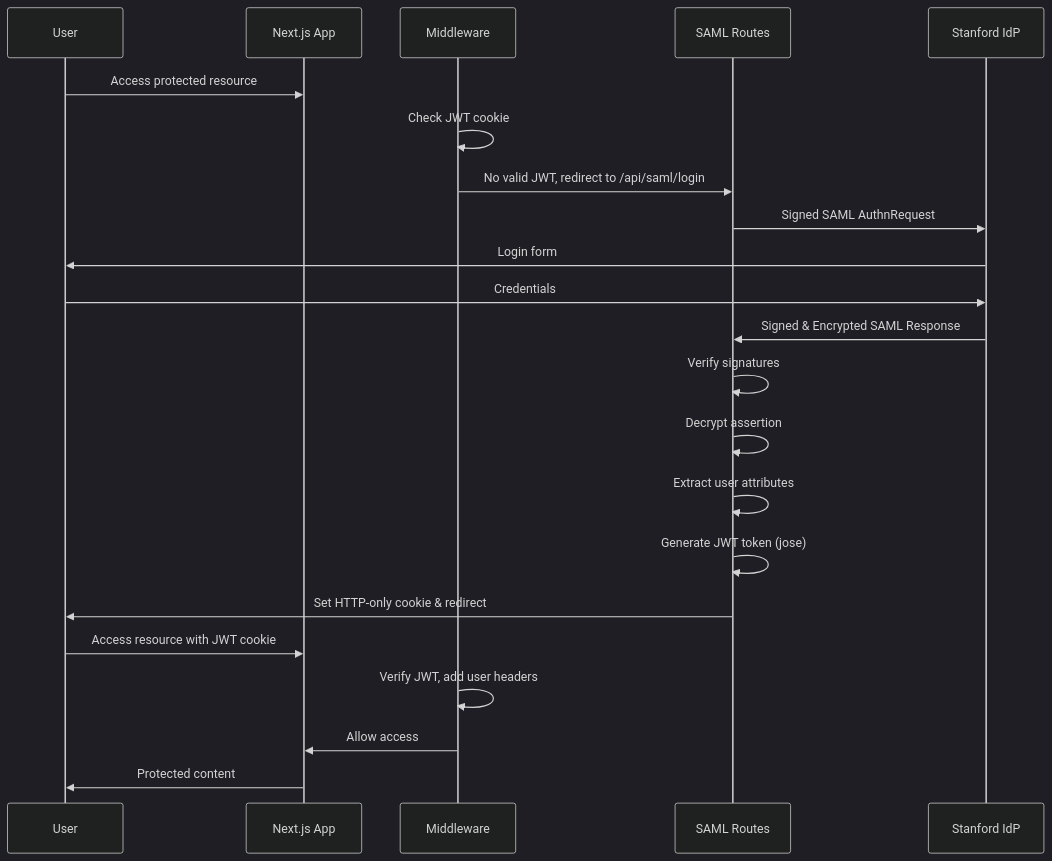
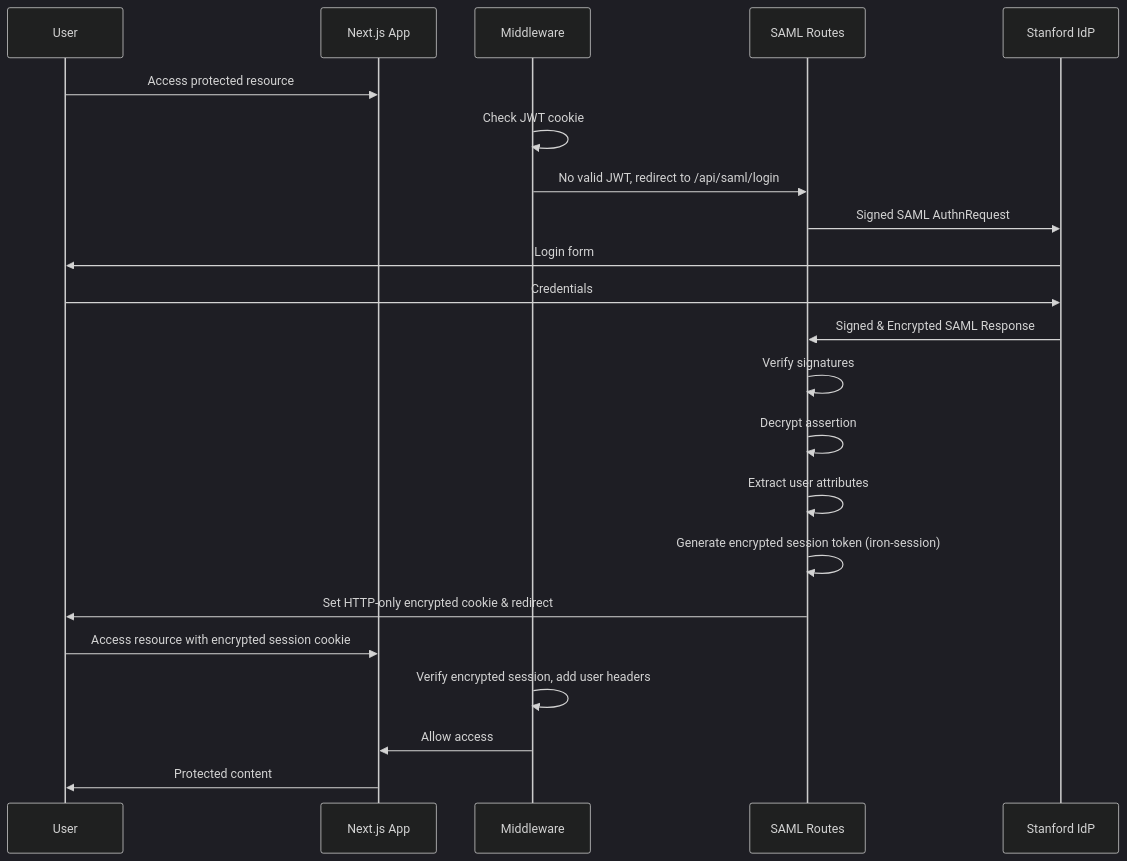
Before and after one commit to SU-SWS/churro: the diagram in docs/SAML.md, drawn with Mermaid (dark theme). The commit also changed other lines of this file and 4 other files, not shown here.

Commit message:
Switch from jose to iron-session

````diff
--- a/docs/SAML.md
+++ b/docs/SAML.md
@@ -19,25 +19,25 @@
 ```mermaid
 sequenceDiagram
     participant User
     participant App as Next.js App
     participant Middleware as Middleware
     participant SAML as SAML Routes
     participant Stanford as Stanford IdP
 
     User->>App: Access protected resource
     Middleware->>Middleware: Check JWT cookie
     Middleware->>SAML: No valid JWT, redirect to /api/saml/login
     SAML->>Stanford: Signed SAML AuthnRequest
     Stanford->>User: Login form
     User->>Stanford: Credentials
     Stanford->>SAML: Signed & Encrypted SAML Response
     SAML->>SAML: Verify signatures
     SAML->>SAML: Decrypt assertion
     SAML->>SAML: Extract user attributes
-    SAML->>SAML: Generate JWT token (jose)
-    SAML->>User: Set HTTP-only cookie & redirect
-    User->>App: Access resource with JWT cookie
-    Middleware->>Middleware: Verify JWT, add user headers
+    SAML->>SAML: Generate encrypted session token (iron-session)
+    SAML->>User: Set HTTP-only encrypted cookie & redirect
+    User->>App: Access resource with encrypted session cookie
+    Middleware->>Middleware: Verify encrypted session, add user headers
     Middleware->>App: Allow access
     App->>User: Protected content
 ```
````
